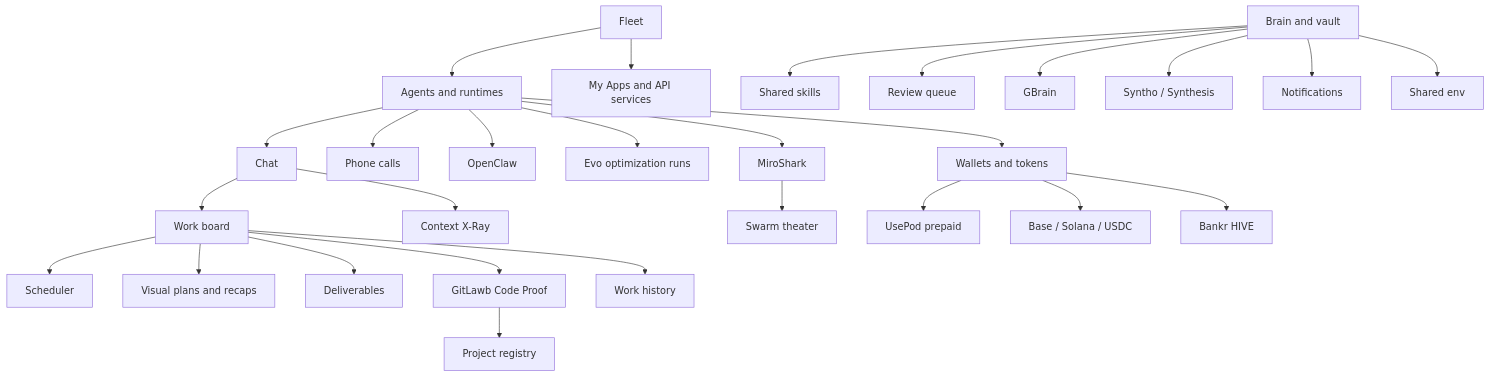
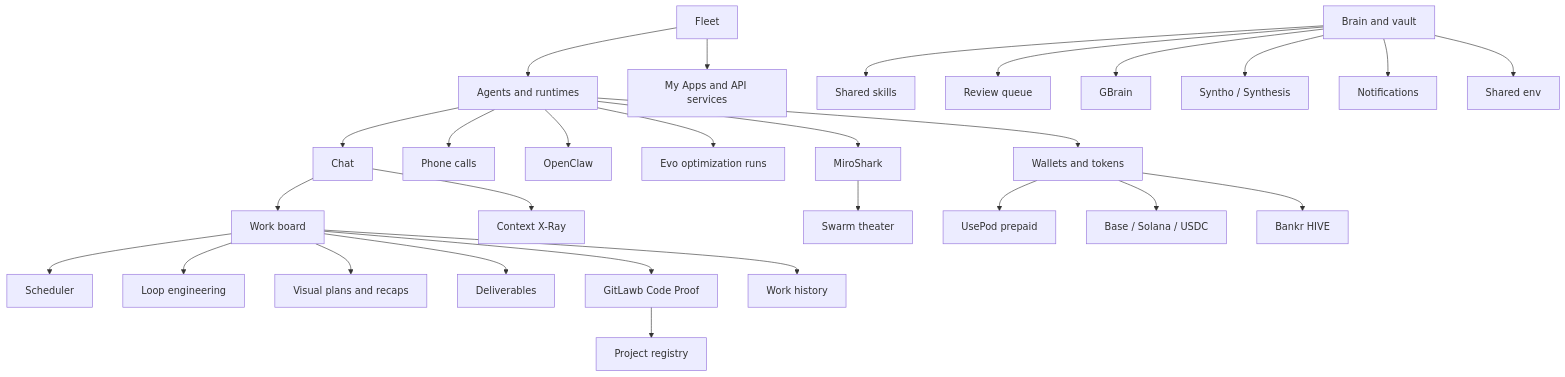
One commit to LiamVisionary/hivemindos changed the diagram in docs/features/index.md. Above: the diagram before and after it, drawn with Mermaid. The commit also changed other lines of this file and 126 other files, not shown here.

````diff
--- a/docs/features/index.md
+++ b/docs/features/index.md
@@ -193,29 +198,30 @@
 ```mermaid
 flowchart TD
   Fleet["Fleet"] --> Runtimes["Agents and runtimes"]
   Fleet --> Apps["My Apps and API services"]
   Runtimes --> Chat["Chat"]
   Runtimes --> Phone["Phone calls"]
   Chat --> Work["Work board"]
   Chat --> XRay["Context X-Ray"]
   Work --> Scheduler["Scheduler"]
+  Work --> LoopEngineering["Loop engineering"]
   Work --> VisualPlans["Visual plans and recaps"]
   Work --> Deliverables["Deliverables"]
   Work --> CodeProof["GitLawb Code Proof"]
   Work --> History["Work history"]
   Vault["Brain and vault"] --> Skills["Shared skills"]
   Vault --> ReviewQueue["Review queue"]
   Vault --> GBrain["GBrain"]
   Vault --> Syntho["Syntho / Synthesis"]
   Vault --> Notifications["Notifications"]
   Vault --> Env["Shared env"]
   Runtimes --> OpenClaw["OpenClaw"]
   Runtimes --> Evo["Evo optimization runs"]
   Runtimes --> MiroShark["MiroShark"]
   MiroShark --> Swarm["Swarm theater"]
   Runtimes --> Wallets["Wallets and tokens"]
   Wallets --> UsePod["UsePod prepaid"]
   Wallets --> TokenRails["Base / Solana / USDC"]
   Wallets --> Bankr["Bankr HIVE"]
   CodeProof --> Projects["Project registry"]
 ```
````
